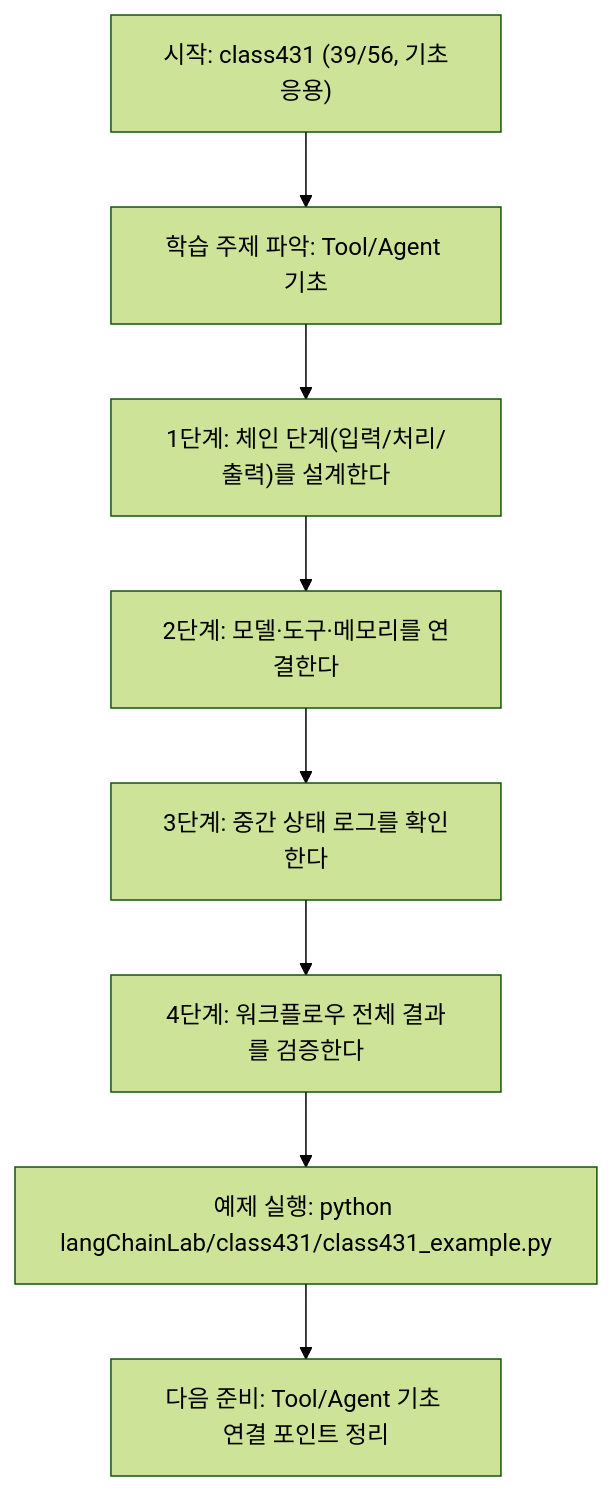
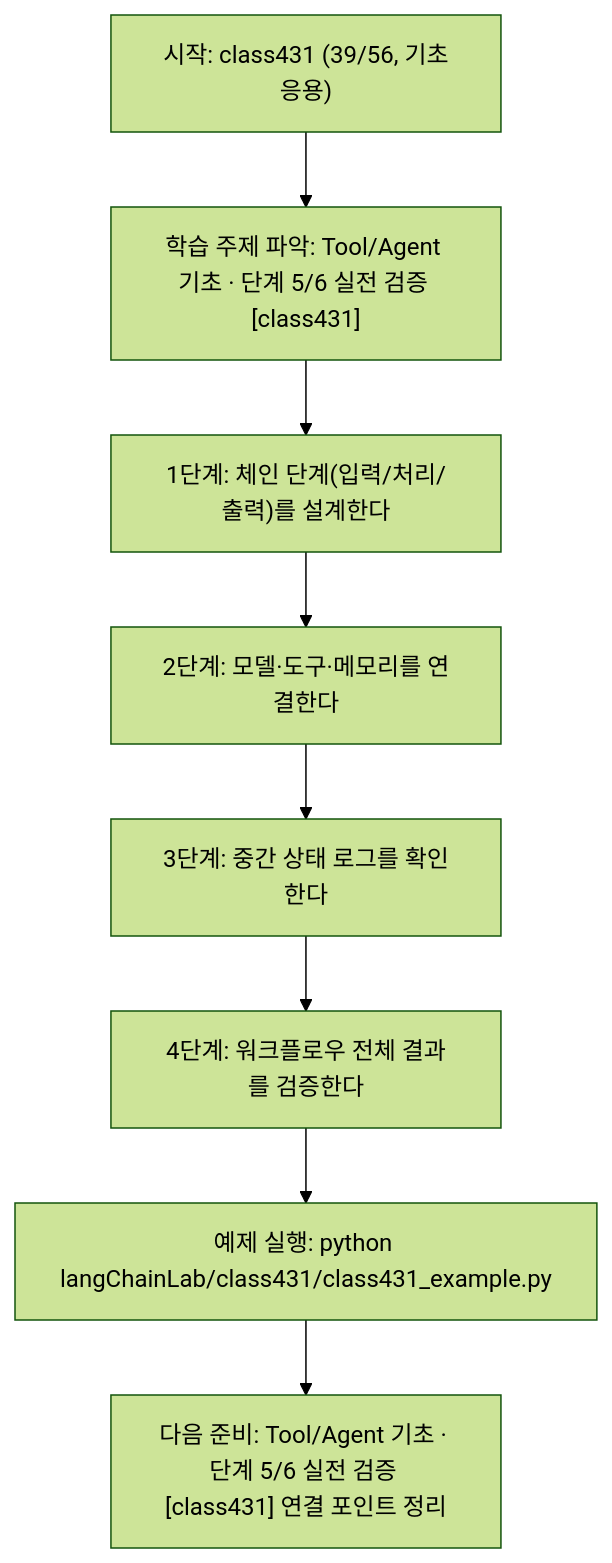
One commit to edumgt/Python-AI_Agent-Class changed the diagram in langChainLab/class431/class431.md. Above: the diagram before and after it, drawn with Mermaid (forest theme). The commit also changed other lines of this file and 522 other files, not shown here.

````diff
--- a/langChainLab/class431/class431.md
+++ b/langChainLab/class431/class431.md
@@ -109,18 +110,18 @@
 ```mermaid
 flowchart TD
 N1["시작: class431 (39/56, 기초응용)"]
-N2["학습 주제 파악: Tool/Agent 기초"]
+N2["학습 주제 파악: Tool/Agent 기초 · 단계 5/6 실전 검증 [class431]"]
 N3["1단계: 체인 단계(입력/처리/출력)를 설계한다"]
 N4["2단계: 모델·도구·메모리를 연결한다"]
 N5["3단계: 중간 상태 로그를 확인한다"]
 N6["4단계: 워크플로우 전체 결과를 검증한다"]
 N7["예제 실행: python langChainLab/class431/class431_example.py"]
-N8["다음 준비: Tool/Agent 기초 연결 포인트 정리"]
+N8["다음 준비: Tool/Agent 기초 · 단계 5/6 실전 검증 [class431] 연결 포인트 정리"]
 N1 --> N2
 N2 --> N3
 N3 --> N4
 N4 --> N5
 N5 --> N6
 N6 --> N7
 N7 --> N8
 ```
````
